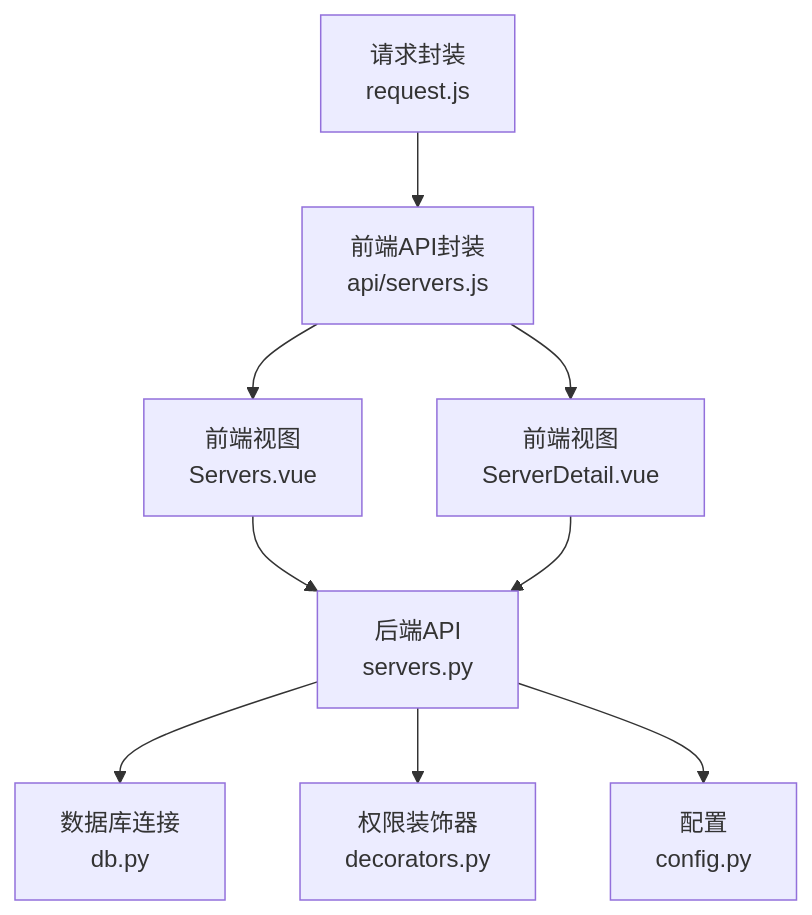
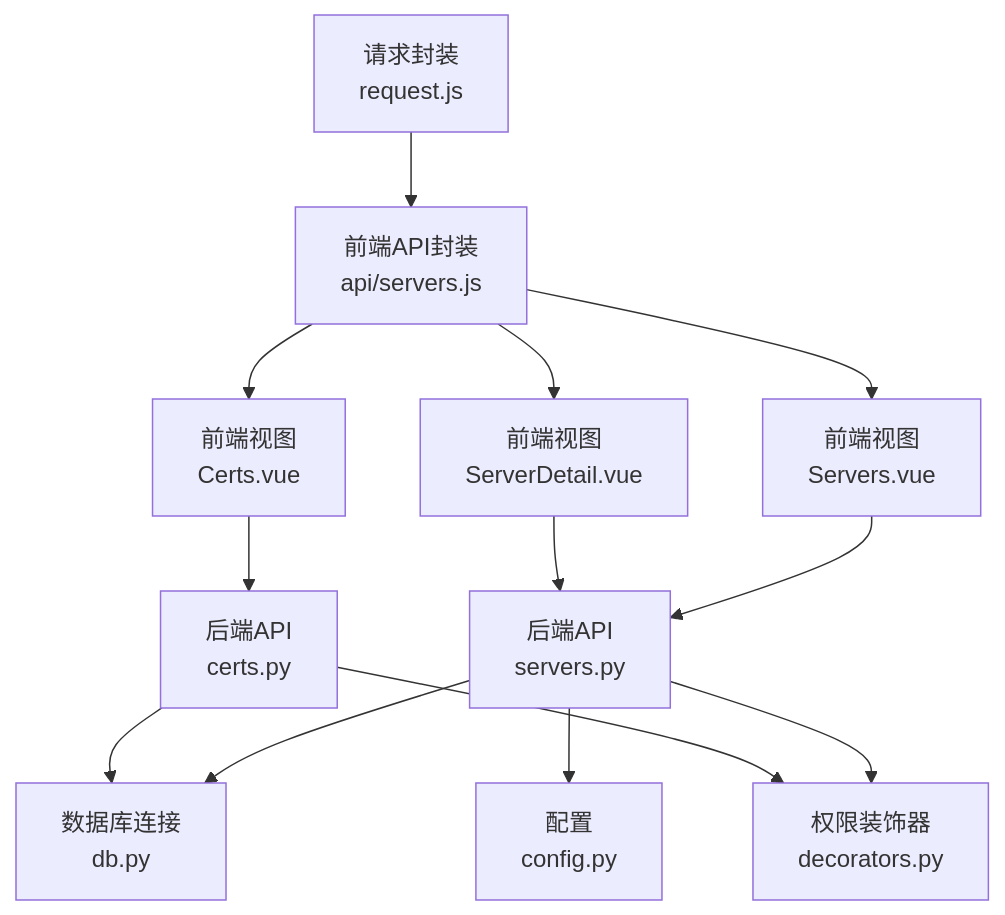
Before and after one commit to ismine3/OPS: the first of 8 diagrams in .qoder/repowiki/zh/content/核心功能模块/服务器管理模块.md, drawn with Mermaid. The commit also changed other lines of this file and 17 other files, not shown here.

````diff
--- a/.qoder/repowiki/zh/content/核心功能模块/服务器管理模块.md
+++ b/.qoder/repowiki/zh/content/核心功能模块/服务器管理模块.md
@@ -38,11 +50,15 @@
 ```mermaid
 graph TB
 FE_Servers["前端视图<br/>Servers.vue"] --> API_Servers["后端API<br/>servers.py"]
 FE_Detail["前端视图<br/>ServerDetail.vue"] --> API_Servers
+FE_Certs["前端视图<br/>Certs.vue"] --> API_Certs["后端API<br/>certs.py"]
 FE_API["前端API封装<br/>api/servers.js"] --> FE_Servers
 FE_API --> FE_Detail
+FE_API --> FE_Certs
 API_Servers --> DB["数据库连接<br/>db.py"]
 API_Servers --> Decorators["权限装饰器<br/>decorators.py"]
 API_Servers --> Config["配置<br/>config.py"]
+API_Certs --> DB
+API_Certs --> Decorators
 FE_Request["请求封装<br/>request.js"] --> FE_API
 ```
````
